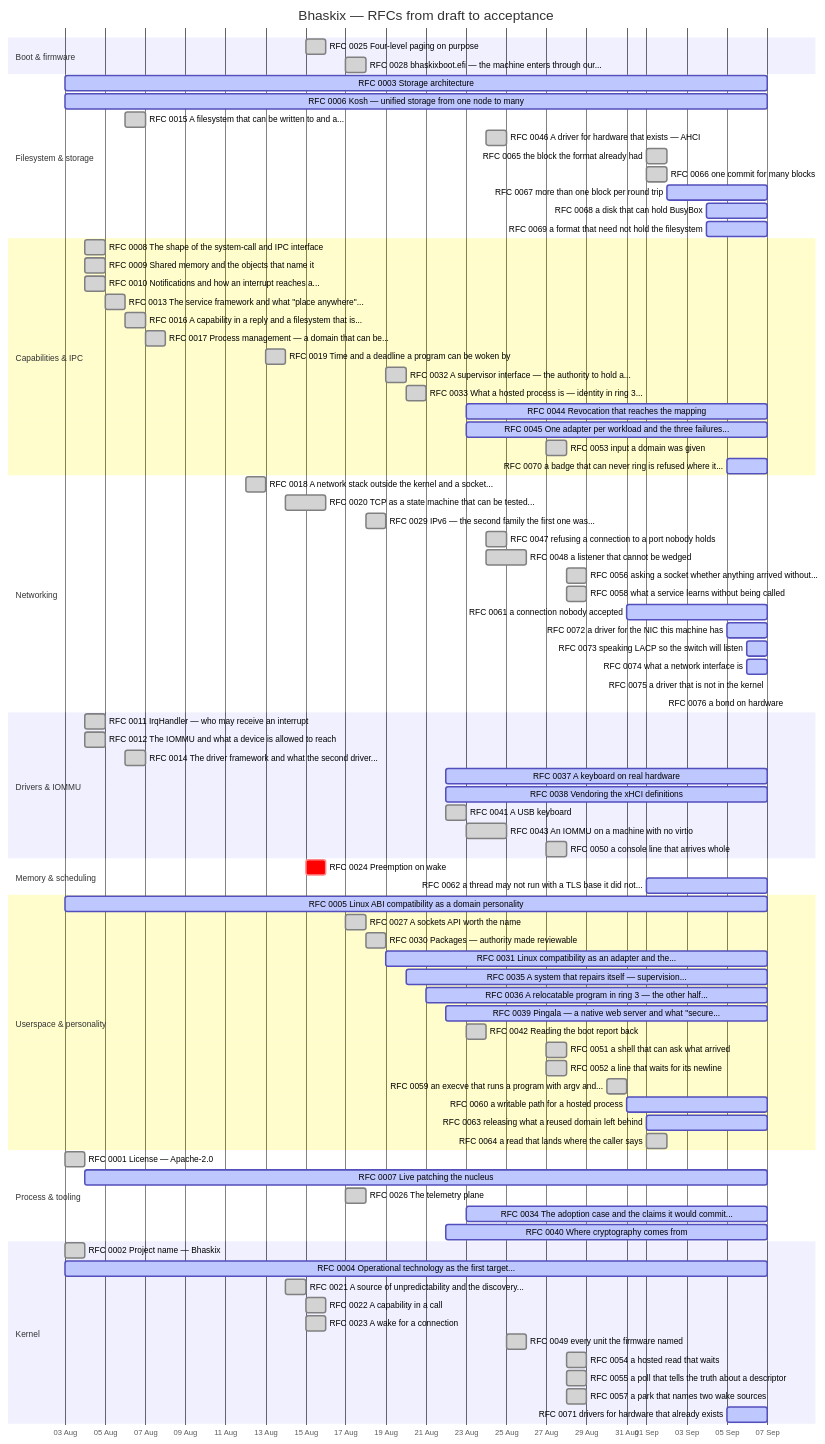
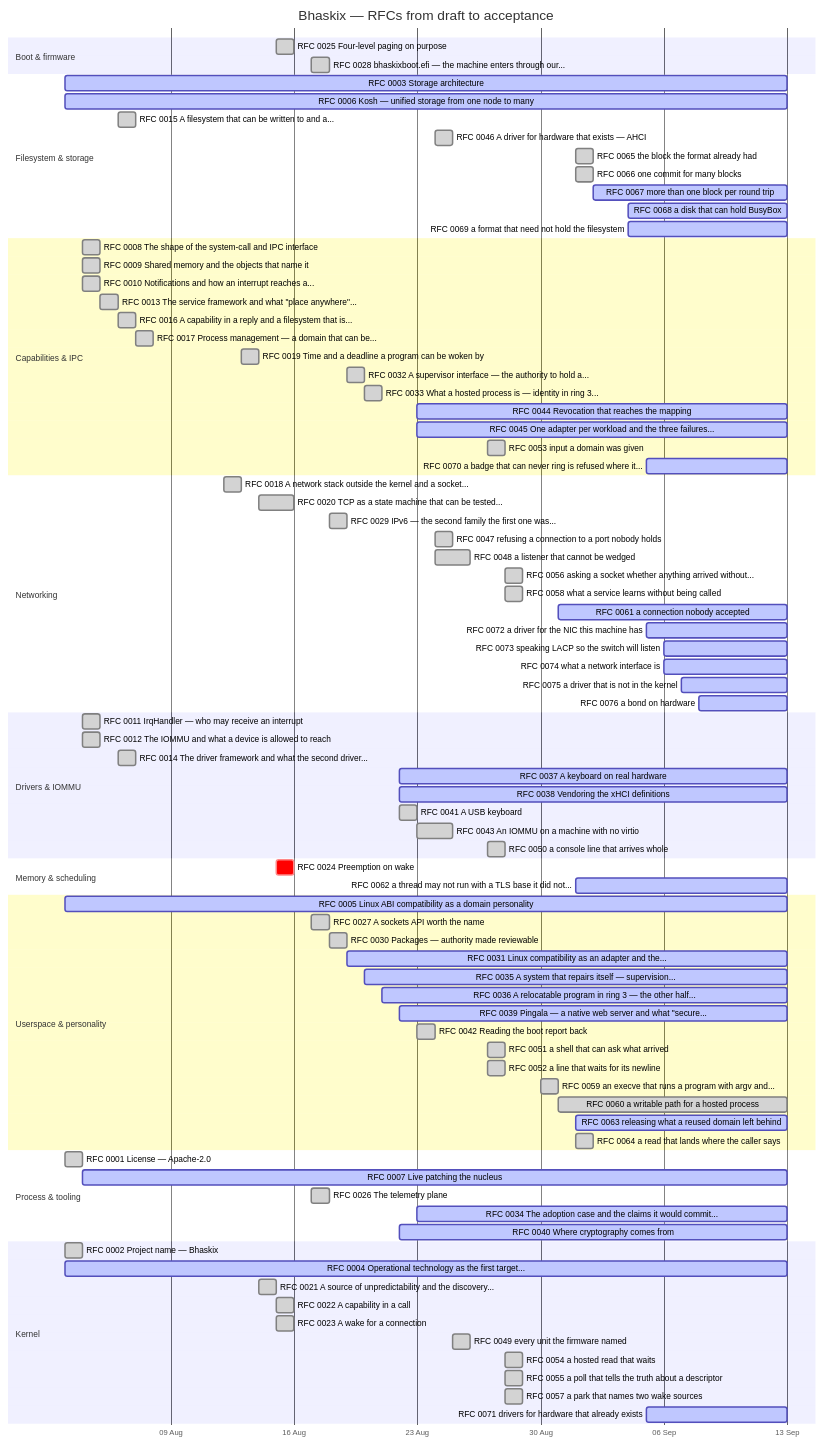
The diagram in docs/progress.md (bhaskix/bhaskix), drawn with Mermaid before and after one commit. The commit also changed other lines of this file and 5 other files, not shown here.

First line of the commit message:
docs: RFC 0060 accepted -- the write path, and its blocker re-measured

````diff
--- a/docs/progress.md
+++ b/docs/progress.md
@@ -31,15 +31,15 @@
     RFC 0025 Four-level paging on purpose :done, r0025, 2026-08-15, 2026-08-16
     RFC 0028 bhaskixboot.efi — the machine enters through our... :done, r0028, 2026-08-17, 2026-08-18
     section Filesystem & storage
-    RFC 0003 Storage architecture :active, r0003, 2026-08-03, 2026-09-07
-    RFC 0006 Kosh — unified storage from one node to many :active, r0006, 2026-08-03, 2026-09-07
+    RFC 0003 Storage architecture :active, r0003, 2026-08-03, 2026-09-13
+    RFC 0006 Kosh — unified storage from one node to many :active, r0006, 2026-08-03, 2026-09-13
     RFC 0015 A filesystem that can be written to and a... :done, r0015, 2026-08-06, 1d
     RFC 0046 A driver for hardware that exists — AHCI :done, r0046, 2026-08-24, 1d
     RFC 0065 the block the format already had :done, r0065, 2026-09-01, 1d
     RFC 0066 one commit for many blocks :done, r0066, 2026-09-01, 1d
-    RFC 0067 more than one block per round trip :active, r0067, 2026-09-02, 2026-09-07
-    RFC 0068 a disk that can hold BusyBox :active, r0068, 2026-09-04, 2026-09-07
-    RFC 0069 a format that need not hold the filesystem :active, r0069, 2026-09-04, 2026-09-07
+    RFC 0067 more than one block per round trip :active, r0067, 2026-09-02, 2026-09-13
+    RFC 0068 a disk that can hold BusyBox :active, r0068, 2026-09-04, 2026-09-13
+    RFC 0069 a format that need not hold the filesystem :active, r0069, 2026-09-04, 2026-09-13
     section Capabilities & IPC
     RFC 0008 The shape of the system-call and IPC interface :done, r0008, 2026-08-04, 1d
     RFC 0009 Shared memory and the objects that name it :done, r0009, 2026-08-04, 1d
@@ -50,10 +50,10 @@
     RFC 0019 Time and a deadline a program can be woken by :done, r0019, 2026-08-13, 2026-08-14
     RFC 0032 A supervisor interface — the authority to hold a... :done, r0032, 2026-08-19, 2026-08-20
     RFC 0033 What a hosted process is — identity in ring 3... :done, r0033, 2026-08-20, 1d
-    RFC 0044 Revocation that reaches the mapping :active, r0044, 2026-08-23, 2026-09-07
-    RFC 0045 One adapter per workload and the three failures... :active, r0045, 2026-08-23, 2026-09-07
+    RFC 0044 Revocation that reaches the mapping :active, r0044, 2026-08-23, 2026-09-13
+    RFC 0045 One adapter per workload and the three failures... :active, r0045, 2026-08-23, 2026-09-13
     RFC 0053 input a domain was given :done, r0053, 2026-08-27, 1d
-    RFC 0070 a badge that can never ring is refused where it... :active, r0070, 2026-09-05, 2026-09-07
+    RFC 0070 a badge that can never ring is refused where it... :active, r0070, 2026-09-05, 2026-09-13
     section Networking
     RFC 0018 A network stack outside the kernel and a socket... :done, r0018, 2026-08-12, 2026-08-13
     RFC 0020 TCP as a state machine that can be tested... :done, r0020, 2026-08-14, 2026-08-16
@@ -62,48 +62,48 @@
     RFC 0048 a listener that cannot be wedged :done, r0048, 2026-08-24, 2026-08-26
     RFC 0056 asking a socket whether anything arrived without... :done, r0056, 2026-08-28, 1d
     RFC 0058 what a service learns without being called :done, r0058, 2026-08-28, 1d
-    RFC 0061 a connection nobody accepted :active, r0061, 2026-08-31, 2026-09-07
-    RFC 0072 a driver for the NIC this machine has :active, r0072, 2026-09-05, 2026-09-07
-    RFC 0073 speaking LACP so the switch will listen :active, r0073, 2026-09-06, 2026-09-07
-    RFC 0074 what a network interface is :active, r0074, 2026-09-06, 2026-09-07
-    RFC 0075 a driver that is not in the kernel :active, r0075, 2026-09-07, 2026-09-07
-    RFC 0076 a bond on hardware :active, r0076, 2026-09-08, 2026-09-08
+    RFC 0061 a connection nobody accepted :active, r0061, 2026-08-31, 2026-09-13
+    RFC 0072 a driver for the NIC this machine has :active, r0072, 2026-09-05, 2026-09-13
+    RFC 0073 speaking LACP so the switch will listen :active, r0073, 2026-09-06, 2026-09-13
+    RFC 0074 what a network interface is :active, r0074, 2026-09-06, 2026-09-13
+    RFC 0075 a driver that is not in the kernel :active, r0075, 2026-09-07, 2026-09-13
+    RFC 0076 a bond on hardware :active, r0076, 2026-09-08, 2026-09-13
     section Drivers & IOMMU
     RFC 0011 IrqHandler — who may receive an interrupt :done, r0011, 2026-08-04, 1d
     RFC 0012 The IOMMU and what a device is allowed to reach :done, r0012, 2026-08-04, 1d
     RFC 0014 The driver framework and what the second driver... :done, r0014, 2026-08-06, 1d
-    RFC 0037 A keyboard on real hardware :active, r0037, 2026-08-22, 2026-09-07
-    RFC 0038 Vendoring the xHCI definitions :active, r0038, 2026-08-22, 2026-09-07
+    RFC 0037 A keyboard on real hardware :active, r0037, 2026-08-22, 2026-09-13
+    RFC 0038 Vendoring the xHCI definitions :active, r0038, 2026-08-22, 2026-09-13
     RFC 0041 A USB keyboard :done, r0041, 2026-08-22, 2026-08-23
     RFC 0043 An IOMMU on a machine with no virtio :done, r0043, 2026-08-23, 2026-08-25
     RFC 0050 a console line that arrives whole :done, r0050, 2026-08-27, 1d
     section Memory & scheduling
     RFC 0024 Preemption on wake :crit, r0024, 2026-08-15, 1d
-    RFC 0062 a thread may not run with a TLS base it did not... :active, r0062, 2026-09-01, 2026-09-07
+    RFC 0062 a thread may not run with a TLS base it did not... :active, r0062, 2026-09-01, 2026-09-13
     section Userspace & personality
-    RFC 0005 Linux ABI compatibility as a domain personality :active, r0005, 2026-08-03, 2026-09-07
+    RFC 0005 Linux ABI compatibility as a domain personality :active, r0005, 2026-08-03, 2026-09-13
     RFC 0027 A sockets API worth the name :done, r0027, 2026-08-17, 1d
     RFC 0030 Packages — authority made reviewable :done, r0030, 2026-08-18, 2026-08-19
-    RFC 0031 Linux compatibility as an adapter and the... :active, r0031, 2026-08-19, 2026-09-07
-    RFC 0035 A system that repairs itself — supervision... :active, r0035, 2026-08-20, 2026-09-07
-    RFC 0036 A relocatable program in ring 3 — the other half... :active, r0036, 2026-08-21, 2026-09-07
-    RFC 0039 Pingala — a native web server and what "secure... :active, r0039, 2026-08-22, 2026-09-07
+    RFC 0031 Linux compatibility as an adapter and the... :active, r0031, 2026-08-19, 2026-09-13
+    RFC 0035 A system that repairs itself — supervision... :active, r0035, 2026-08-20, 2026-09-13
+    RFC 0036 A relocatable program in ring 3 — the other half... :active, r0036, 2026-08-21, 2026-09-13
+    RFC 0039 Pingala — a native web server and what "secure... :active, r0039, 2026-08-22, 2026-09-13
     RFC 0042 Reading the boot report back :done, r0042, 2026-08-23, 1d
     RFC 0051 a shell that can ask what arrived :done, r0051, 2026-08-27, 1d
     RFC 0052 a line that waits for its newline :done, r0052, 2026-08-27, 1d
     RFC 0059 an execve that runs a program with argv and... :done, r0059, 2026-08-30, 1d
-    RFC 0060 a writable path for a hosted process :active, r0060, 2026-08-31, 2026-09-07
-    RFC 0063 releasing what a reused domain left behind :active, r0063, 2026-09-01, 2026-09-07
+    RFC 0060 a writable path for a hosted process :done, r0060, 2026-08-31, 2026-09-13
+    RFC 0063 releasing what a reused domain left behind :active, r0063, 2026-09-01, 2026-09-13
     RFC 0064 a read that lands where the caller says :done, r0064, 2026-09-01, 1d
     section Process & tooling
     RFC 0001 License — Apache-2.0 :done, r0001, 2026-08-03, 1d
-    RFC 0007 Live patching the nucleus :active, r0007, 2026-08-04, 2026-09-07
+    RFC 0007 Live patching the nucleus :active, r0007, 2026-08-04, 2026-09-13
     RFC 0026 The telemetry plane :done, r0026, 2026-08-17, 1d
-    RFC 0034 The adoption case and the claims it would commit... :active, r0034, 2026-08-23, 2026-09-07
-    RFC 0040 Where cryptography comes from :active, r0040, 2026-08-22, 2026-09-07
+    RFC 0034 The adoption case and the claims it would commit... :active, r0034, 2026-08-23, 2026-09-13
+    RFC 0040 Where cryptography comes from :active, r0040, 2026-08-22, 2026-09-13
     section Kernel
     RFC 0002 Project name — Bhaskix :done, r0002, 2026-08-03, 1d
-    RFC 0004 Operational technology as the first target... :active, r0004, 2026-08-03, 2026-09-07
+    RFC 0004 Operational technology as the first target... :active, r0004, 2026-08-03, 2026-09-13
     RFC 0021 A source of unpredictability and the discovery... :done, r0021, 2026-08-14, 1d
     RFC 0022 A capability in a call :done, r0022, 2026-08-15, 2026-08-16
     RFC 0023 A wake for a connection :done, r0023, 2026-08-15, 2026-08-16
@@ -111,5 +111,5 @@
     RFC 0054 a hosted read that waits :done, r0054, 2026-08-28, 1d
     RFC 0055 a poll that tells the truth about a descriptor :done, r0055, 2026-08-28, 1d
     RFC 0057 a park that names two wake sources :done, r0057, 2026-08-28, 1d
-    RFC 0071 drivers for hardware that already exists :active, r0071, 2026-09-05, 2026-09-07
+    RFC 0071 drivers for hardware that already exists :active, r0071, 2026-09-05, 2026-09-13
 ```
````
